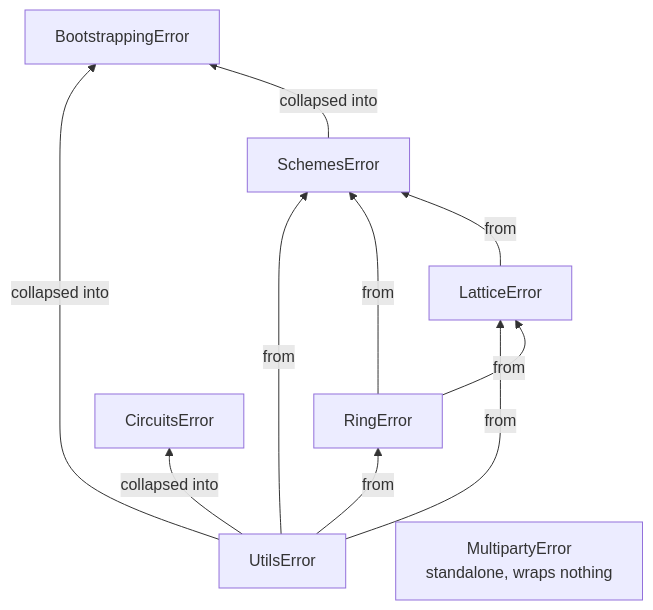
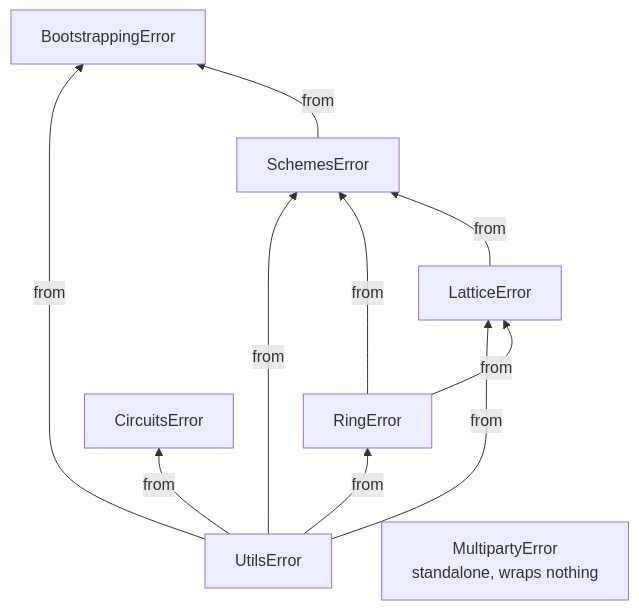
The second of 2 diagrams in docs/technical-manual.md (ultravioletrs/phantom-fhe), drawn with Mermaid before and after one commit. The commit also changed other lines of this file and 6 other files, not shown here.

````diff
--- a/docs/technical-manual.md
+++ b/docs/technical-manual.md
@@ -153,13 +153,13 @@
 ```mermaid
 flowchart BT
     Utils["UtilsError"] -->|from| Ring["RingError"]
     Utils -->|from| Lattice["LatticeError"]
     Ring -->|from| Lattice
     Utils -->|from| Schemes["SchemesError"]
     Ring -->|from| Schemes
     Lattice -->|from| Schemes
-    Utils -->|collapsed into| Circuits["CircuitsError"]
-    Utils -->|collapsed into| Bootstrapping["BootstrappingError"]
-    Schemes -->|collapsed into| Bootstrapping
+    Utils -->|from| Circuits["CircuitsError"]
+    Utils -->|from| Bootstrapping["BootstrappingError"]
+    Schemes -->|from| Bootstrapping
     Multiparty["MultipartyError<br/>standalone, wraps nothing"]
 ```
````
